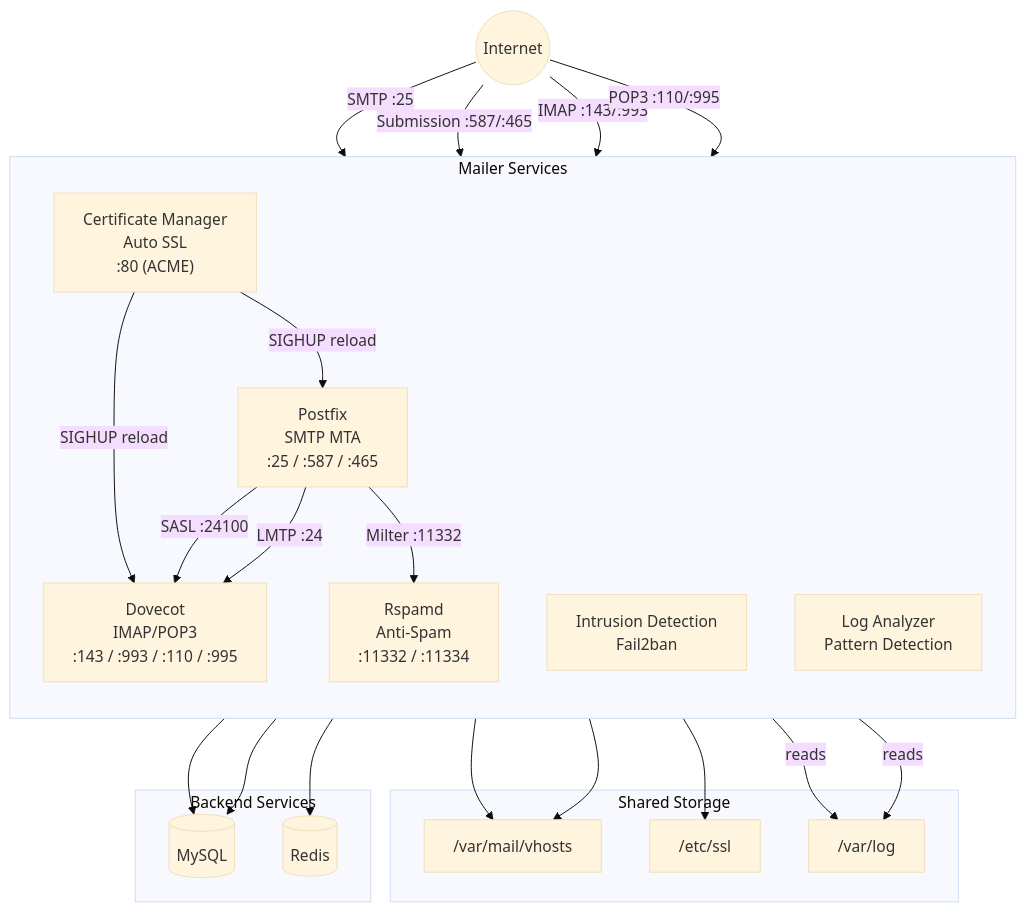
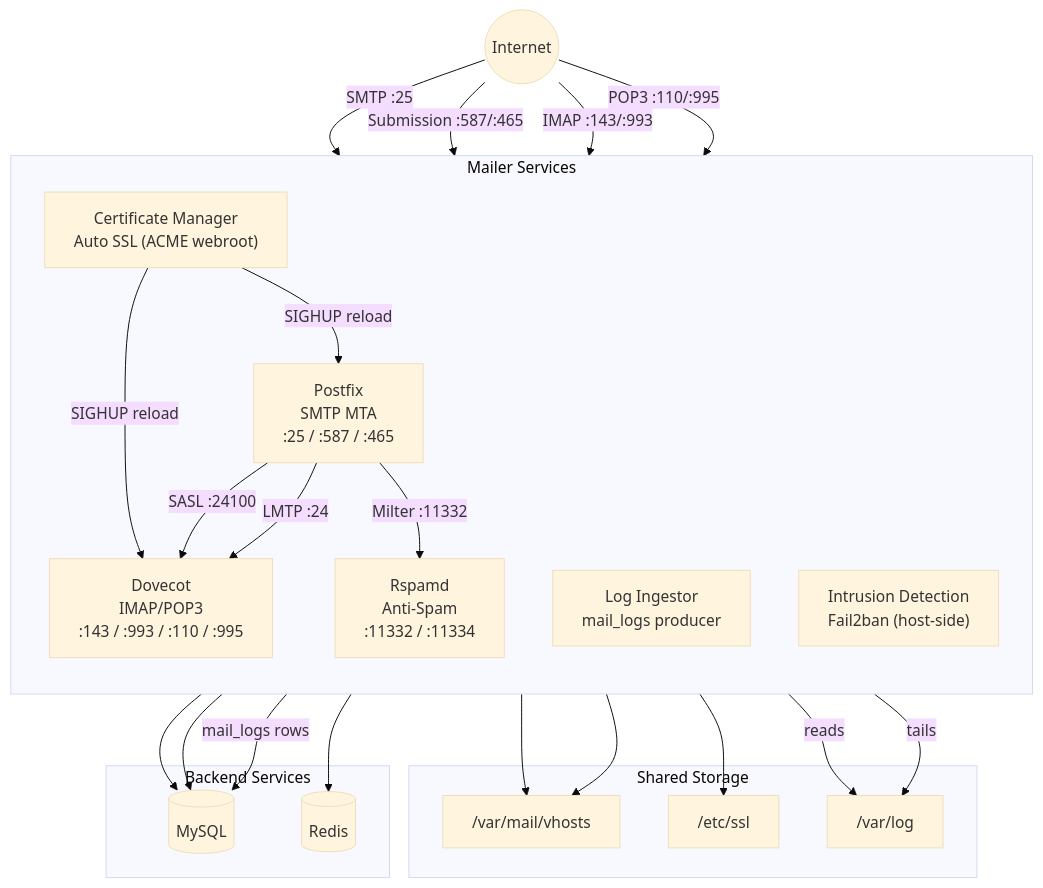
One commit to Techies-Africa/mailyte-mail-server-community changed the first of 3 diagrams in docs/mailer/index.md. Above: the diagram before and after it, drawn with Mermaid (base theme). The commit also changed other lines of this file and 481 other files, not shown here.

````diff
--- a/docs/mailer/index.md
+++ b/docs/mailer/index.md
@@ -14,48 +14,49 @@
 ```mermaid
 flowchart TB
     Internet((Internet))
 
     subgraph Mailer["Mailer Services"]
         direction TB
         Postfix["Postfix\nSMTP MTA\n:25 / :587 / :465"]
         Dovecot["Dovecot\nIMAP/POP3\n:143 / :993 / :110 / :995"]
         Rspamd["Rspamd\nAnti-Spam\n:11332 / :11334"]
-        CertMgr["Certificate Manager\nAuto SSL\n:80 (ACME)"]
-        IDS["Intrusion Detection\nFail2ban"]
-        LogAn["Log Analyzer\nPattern Detection"]
+        CertMgr["Certificate Manager\nAuto SSL (ACME webroot)"]
+        LogIng["Log Ingestor\nmail_logs producer"]
+        IDS["Intrusion Detection\nFail2ban (host-side)"]
     end
 
     subgraph Storage["Shared Storage"]
         MailDir["/var/mail/vhosts"]
         SSLCerts["/etc/ssl"]
         Logs["/var/log"]
     end
 
     subgraph Backends["Backend Services"]
         MySQL[(MySQL)]
         Redis[(Redis)]
     end
 
     Internet -->|"SMTP :25"| Postfix
     Internet -->|"Submission :587/:465"| Postfix
     Internet -->|"IMAP :143/:993"| Dovecot
     Internet -->|"POP3 :110/:995"| Dovecot
 
     Postfix -->|"LMTP :24"| Dovecot
     Postfix -->|"Milter :11332"| Rspamd
     Postfix -->|"SASL :24100"| Dovecot
 
     Postfix --> MySQL
     Dovecot --> MySQL
     Rspamd --> Redis
 
     CertMgr -->|"SIGHUP reload"| Postfix
     CertMgr -->|"SIGHUP reload"| Dovecot
 
     IDS -->|"reads"| Logs
-    LogAn -->|"reads"| Logs
+    LogIng -->|"tails"| Logs
+    LogIng -->|"mail_logs rows"| MySQL
 
     Postfix --> MailDir
     Dovecot --> MailDir
     CertMgr --> SSLCerts
 ```
````
